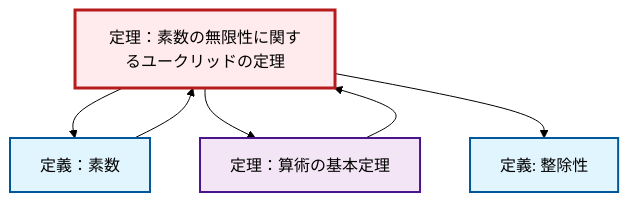
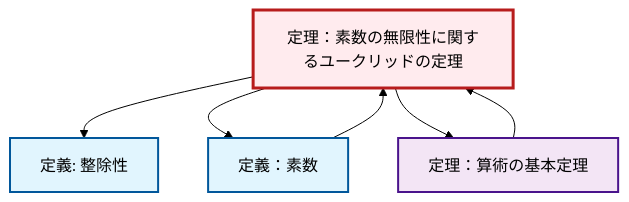
One commit to RK0429/ModernMath changed the diagram in output/mermaid/ja/thm-euclid-infinitude-primes.mermaid. Above: the diagram before and after it, drawn with Mermaid (forest theme). The commit also changed other lines of this file and 321 other files, not shown here.

```diff
--- a/output/mermaid/ja/thm-euclid-infinitude-primes.mermaid
+++ b/output/mermaid/ja/thm-euclid-infinitude-primes.mermaid
@@ -1,17 +1,17 @@
 %%| fig-cap: "Local dependency graph"
 graph TD
     classDef definition fill:#e1f5fe,stroke:#01579b,stroke-width:2px
     classDef theorem fill:#f3e5f5,stroke:#4a148c,stroke-width:2px
     classDef axiom fill:#fff3e0,stroke:#e65100,stroke-width:2px
     classDef example fill:#e8f5e9,stroke:#1b5e20,stroke-width:2px
     classDef current fill:#ffebee,stroke:#b71c1c,stroke-width:3px
     thm-euclid-infinitude-primes["定理：素数の無限性に関するユークリッドの定理"]:::theorem
     def-divisibility["定義: 整除性"]:::definition
     def-prime["定義：素数"]:::definition
     thm-fundamental-arithmetic["定理：算術の基本定理"]:::theorem
+    thm-euclid-infinitude-primes --> def-divisibility
     thm-fundamental-arithmetic --> thm-euclid-infinitude-primes
     thm-euclid-infinitude-primes --> def-prime
     thm-euclid-infinitude-primes --> thm-fundamental-arithmetic
-    thm-euclid-infinitude-primes --> def-divisibility
     def-prime --> thm-euclid-infinitude-primes
     class thm-euclid-infinitude-primes current
```
